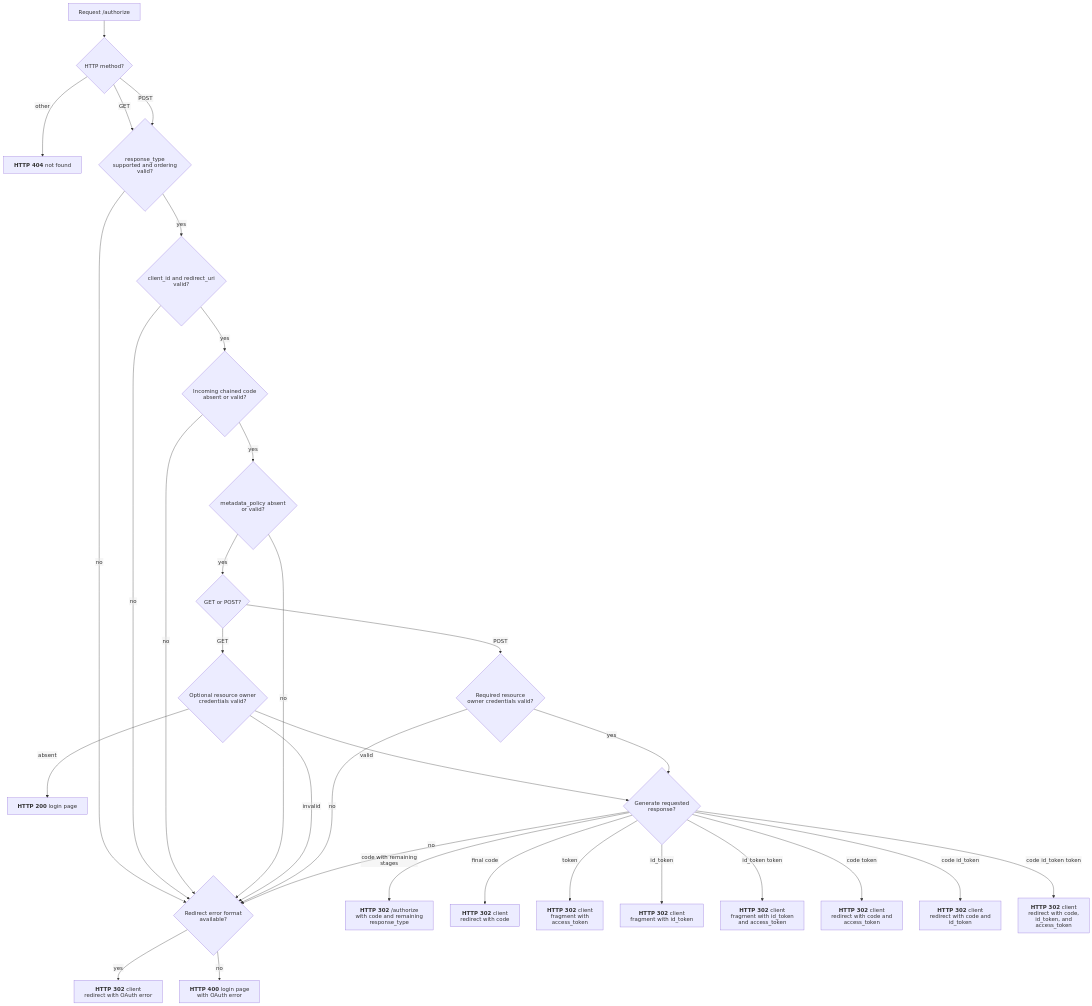
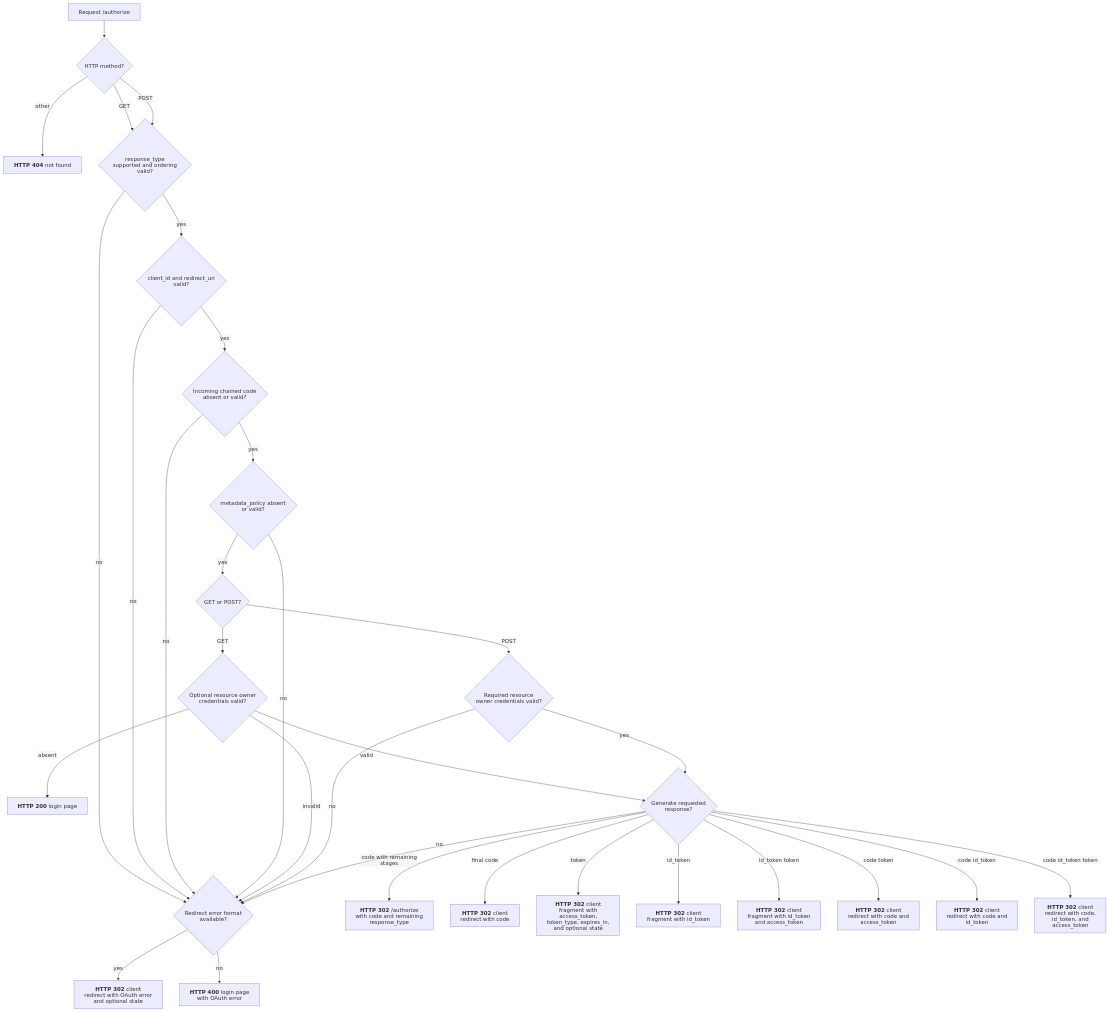
Before and after one commit to malach-it/kagome: the diagram in docs/flows/oauth/authorize_endpoint.mmd, drawn with Mermaid. The commit also changed 10 other files, not shown here.

```diff
--- a/docs/flows/oauth/authorize_endpoint.mmd
+++ b/docs/flows/oauth/authorize_endpoint.mmd
@@ -1,33 +1,33 @@
 %%{init: {"htmlLabels": false, "flowchart": {"htmlLabels": false}}}%%
 flowchart TD
     start[Request /authorize] --> method{HTTP method?}
     method -- other --> not_found["`**HTTP 404** not found`"]
     method -- GET --> response_type
     method -- POST --> response_type{response_type supported and ordering valid?}
     response_type -- no --> error
     response_type -- yes --> client{client_id and redirect_uri valid?}
     client -- no --> error
     client -- yes --> code{Incoming chained code absent or valid?}
     code -- no --> error
     code -- yes --> policy{metadata_policy absent or valid?}
     policy -- no --> error
     policy -- yes --> get_or_post{GET or POST?}
     get_or_post -- GET --> optional_owner{Optional resource owner credentials valid?}
     optional_owner -- invalid --> error
     optional_owner -- absent --> login["`**HTTP 200** login page`"]
     optional_owner -- valid --> generate
     get_or_post -- POST --> required_owner{Required resource owner credentials valid?}
     required_owner -- no --> error
     required_owner -- yes --> generate{Generate requested response?}
     generate -- no --> error
     generate -- code with remaining stages --> continue_chain["`**HTTP 302** /authorize with code and remaining response_type`"]
     generate -- final code --> code_redirect["`**HTTP 302** client redirect with code`"]
-    generate -- token --> token_redirect["`**HTTP 302** client fragment with access_token`"]
+    generate -- token --> token_redirect["`**HTTP 302** client fragment with access_token, token_type, expires_in, and optional state`"]
     generate -- id_token --> id_redirect["`**HTTP 302** client fragment with id_token`"]
     generate -- id_token token --> oidc_redirect["`**HTTP 302** client fragment with id_token and access_token`"]
     generate -- code token --> hybrid_token["`**HTTP 302** client redirect with code and access_token`"]
     generate -- code id_token --> hybrid_id["`**HTTP 302** client redirect with code and id_token`"]
     generate -- code id_token token --> hybrid_all["`**HTTP 302** client redirect with code, id_token, and access_token`"]
     error{Redirect error format available?}
-    error -- yes --> error_redirect["`**HTTP 302** client redirect with OAuth error`"]
+    error -- yes --> error_redirect["`**HTTP 302** client redirect with OAuth error and optional state`"]
     error -- no --> login_error["`**HTTP 400** login page with OAuth error`"]
```
